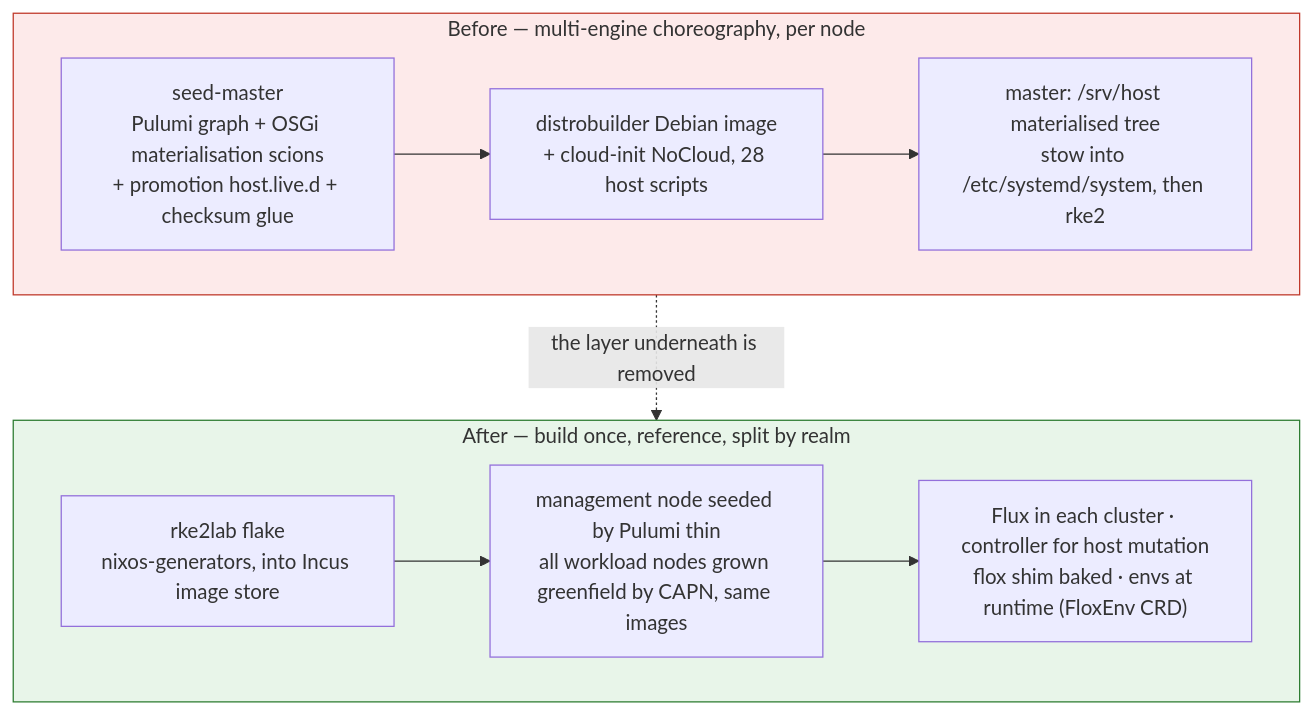
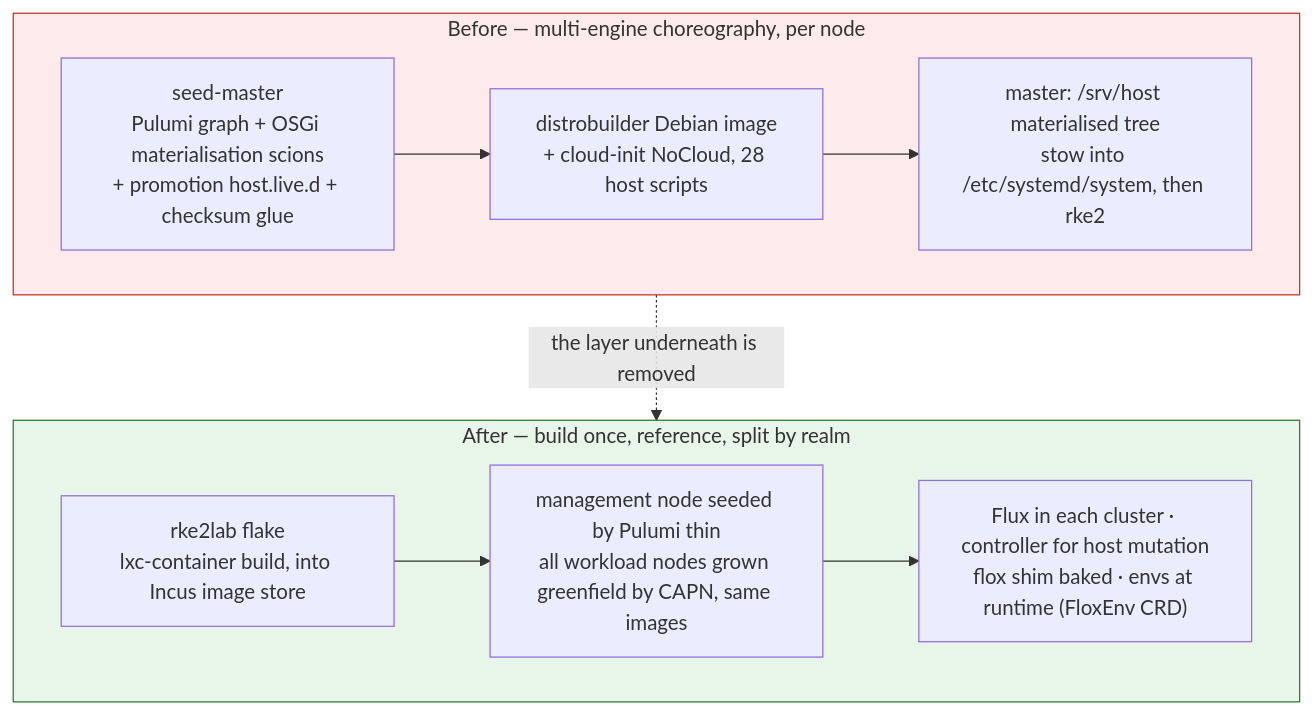
Before and after one commit to nxmatic/rke2lab: the first of 4 diagrams in docs/architecture/atlas/nixos-substrate.adoc, drawn with Mermaid. The commit also changed other lines of this file and 39 other files, not shown here.

```diff
--- a/docs/architecture/atlas/nixos-substrate.adoc
+++ b/docs/architecture/atlas/nixos-substrate.adoc
@@ -29,20 +29,20 @@
 [mermaid]
 ----
 flowchart TB
   subgraph BEFORE[Before — multi-engine choreography, per node]
     b1["seed-master<br/>Pulumi graph + OSGi materialisation scions<br/>+ promotion host.live.d + checksum glue"]
     b2["distrobuilder Debian image<br/>+ cloud-init NoCloud, 28 host scripts"]
     b3["master: /srv/host materialised tree<br/>stow into /etc/systemd/system, then rke2"]
     b1 --> b2 --> b3
   end
   subgraph AFTER[After — build once, reference, split by realm]
-    a1["rke2lab flake<br/>nixos-generators, into Incus image store"]
+    a1["rke2lab flake<br/>lxc-container build, into Incus image store"]
     a2["management node seeded by Pulumi thin<br/>all workload nodes grown greenfield by CAPN, same images"]
     a3["Flux in each cluster · controller for host mutation<br/>flox shim baked · envs at runtime (FloxEnv CRD)"]
     a1 --> a2 --> a3
   end
   BEFORE -.the layer underneath is removed.-> AFTER
 
   style BEFORE fill:#fdeaea,stroke:#c0392b
   style AFTER fill:#e8f5e9,stroke:#2e7d32
 ----
```
